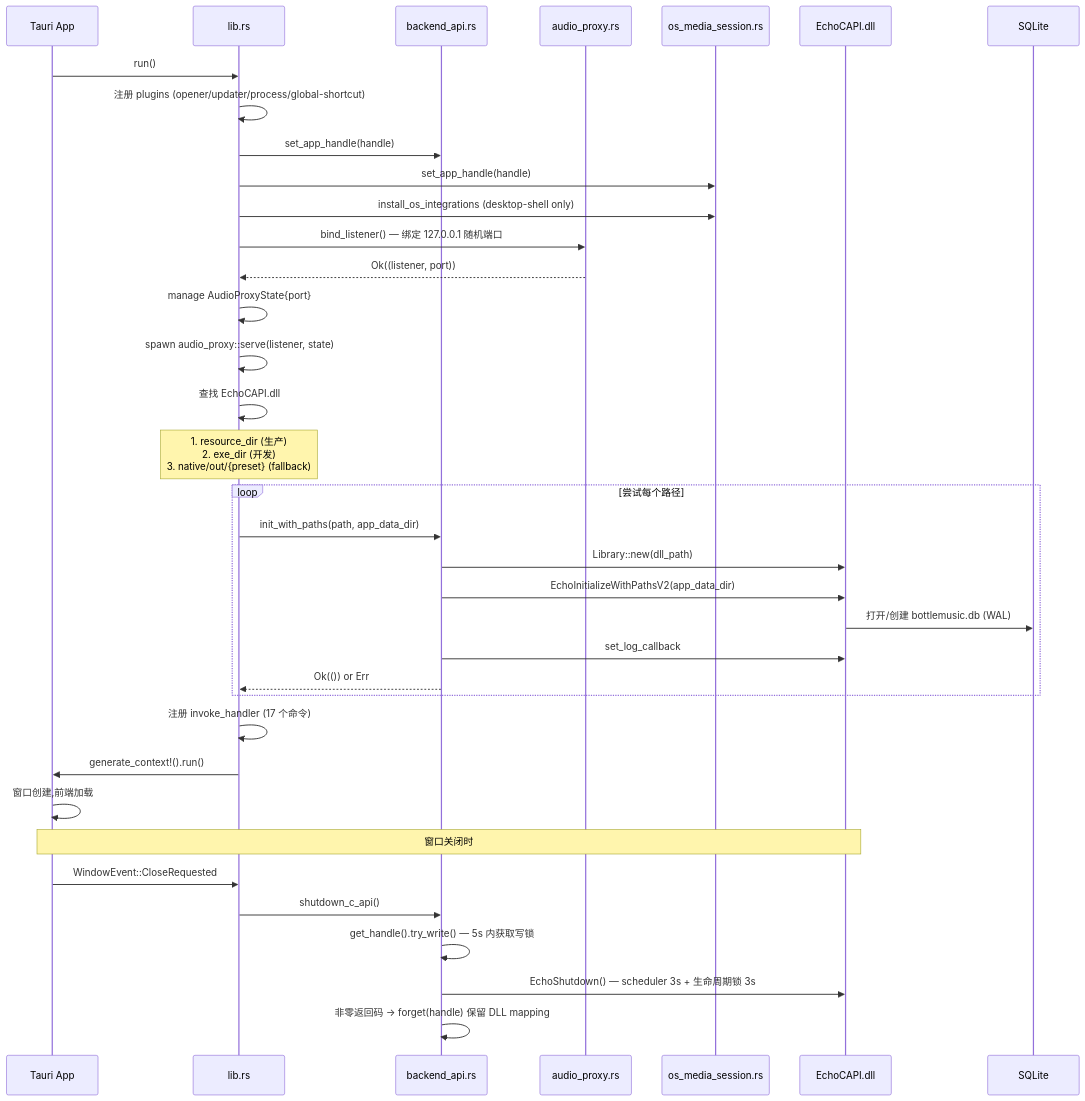
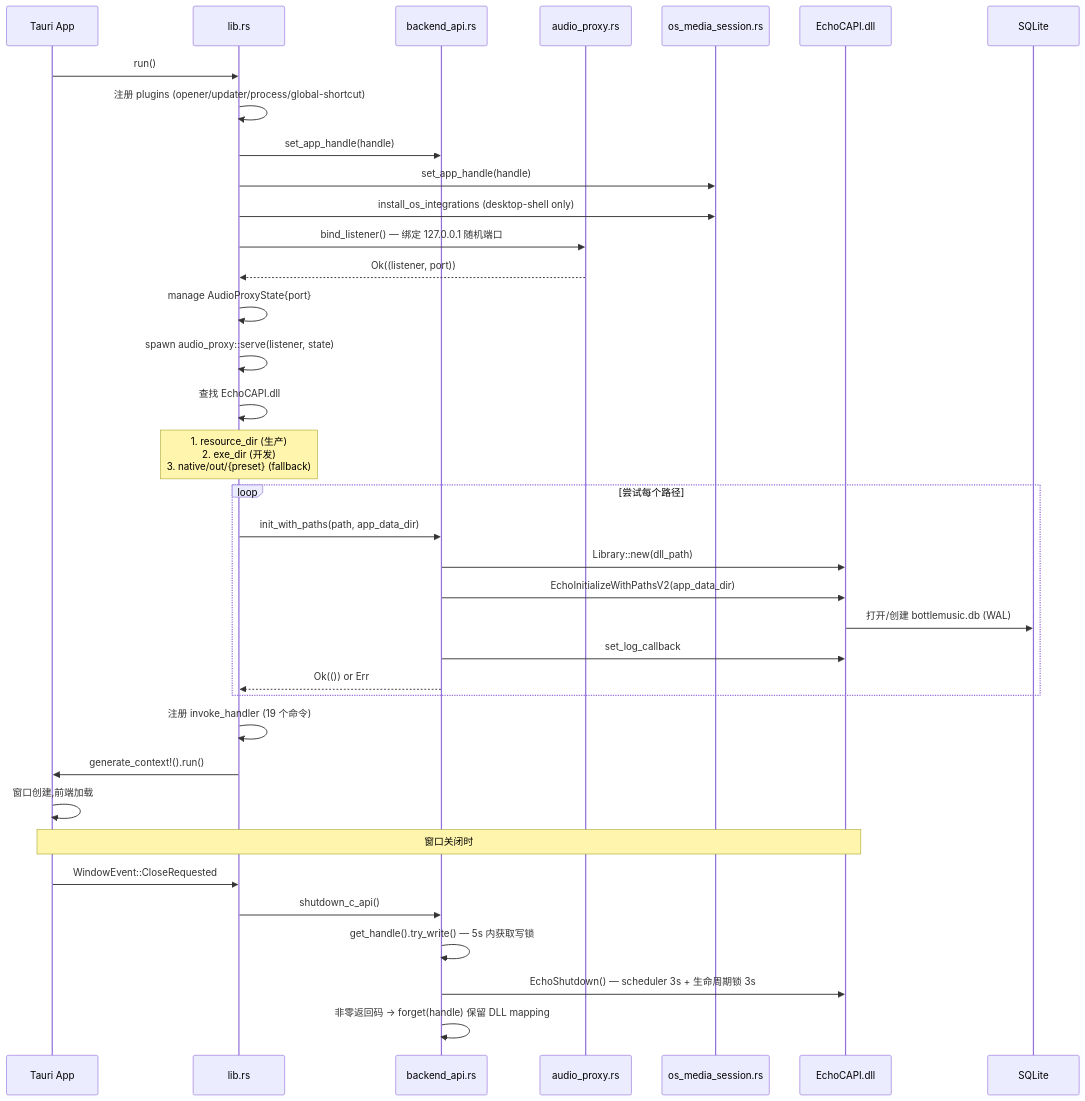
Before and after one commit to Ningbottle/BottlePlayer: the second of 4 diagrams in docs/wiki/architecture.md, drawn with Mermaid. The commit also changed other lines of this file and 11 other files, not shown here.

````diff
--- a/docs/wiki/architecture.md
+++ b/docs/wiki/architecture.md
@@ -82,43 +82,43 @@
 ```mermaid
 sequenceDiagram
     participant App as Tauri App
     participant Lib as lib.rs
     participant BA as backend_api.rs
     participant AP as audio_proxy.rs
     participant OS as os_media_session.rs
     participant DLL as EchoCAPI.dll
     participant DB as SQLite
 
     App->>Lib: run()
     Lib->>Lib: 注册 plugins (opener/updater/process/global-shortcut)
     Lib->>BA: set_app_handle(handle)
     Lib->>OS: set_app_handle(handle)
     Lib->>OS: install_os_integrations (desktop-shell only)
     Lib->>AP: bind_listener() — 绑定 127.0.0.1 随机端口
     AP-->>Lib: Ok((listener, port))
     Lib->>Lib: manage AudioProxyState{port}
     Lib->>Lib: spawn audio_proxy::serve(listener, state)
 
     Lib->>Lib: 查找 EchoCAPI.dll
     Note over Lib: 1. resource_dir (生产)<br/>2. exe_dir (开发)<br/>3. native/out/{preset} (fallback)
 
     loop 尝试每个路径
         Lib->>BA: init_with_paths(path, app_data_dir)
         BA->>DLL: Library::new(dll_path)
         BA->>DLL: EchoInitializeWithPathsV2(app_data_dir)
         DLL->>DB: 打开/创建 bottlemusic.db (WAL)
         BA->>DLL: set_log_callback
         BA-->>Lib: Ok(()) or Err
     end
 
-    Lib->>Lib: 注册 invoke_handler (17 个命令)
+    Lib->>Lib: 注册 invoke_handler (19 个命令)
     Lib->>App: generate_context!().run()
     App->>App: 窗口创建,前端加载
 
     Note over App,DLL: 窗口关闭时
     App->>Lib: WindowEvent::CloseRequested
     Lib->>BA: shutdown_c_api()
     BA->>BA: get_handle().try_write() — 5s 内获取写锁
     BA->>DLL: EchoShutdown() — scheduler 3s + 生命周期锁 3s
     BA->>BA: 非零返回码 → forget(handle) 保留 DLL mapping
 ```
````
